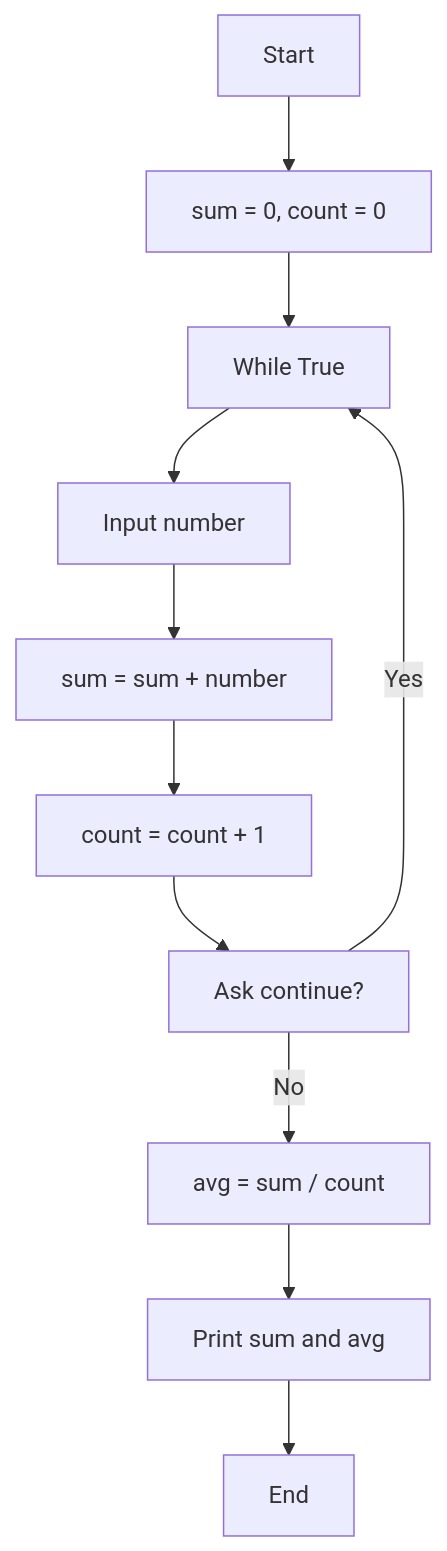
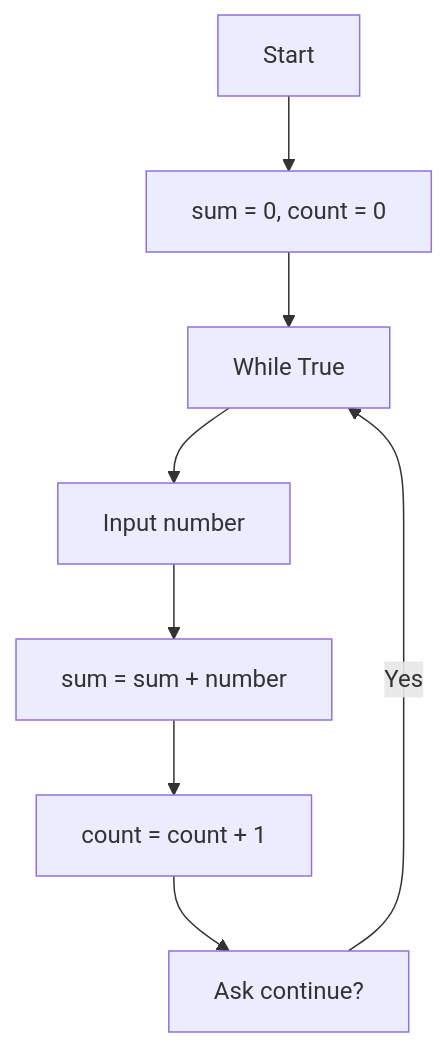
Before and after one commit to venisha8116/CPC-Lab: the second of 9 diagrams in LAB 10/Lab10_Guide.md, drawn with Mermaid. The commit also changed other lines of this file, not shown here.

````diff
--- a/LAB 10/Lab10_Guide.md
+++ b/LAB 10/Lab10_Guide.md
@@ -92,13 +65,11 @@
 ```mermaid
 flowchart TD
     A["Start"] --> B["sum = 0, count = 0"]
     B --> C["While True"]
     C --> D["Input number"]
     D --> E["sum = sum + number"]
     E --> F["count = count + 1"]
     F --> G["Ask continue?"]
     G -->|Yes| C
-    G -->|No| H["avg = sum / count"]
-    H --> I["Print sum and avg"]
-    I --> J["End"]
+
 ```
````
